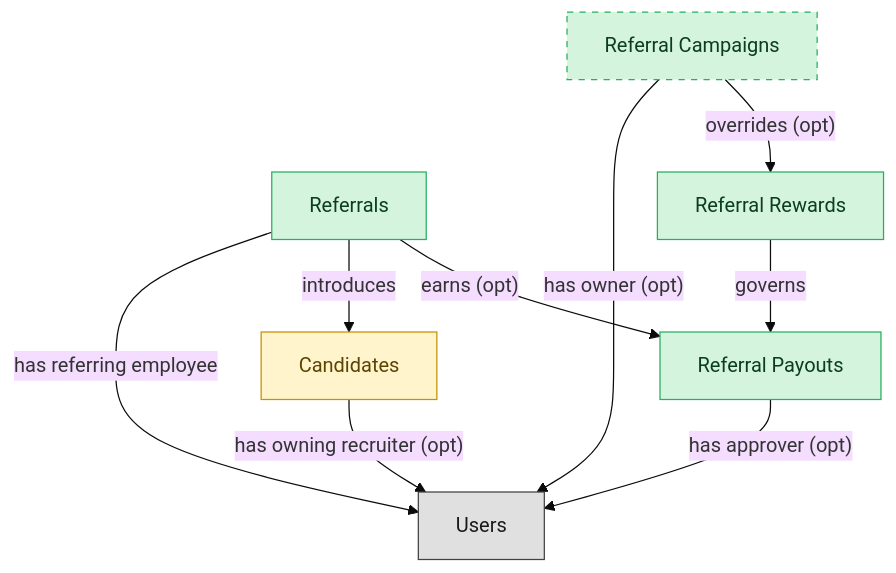
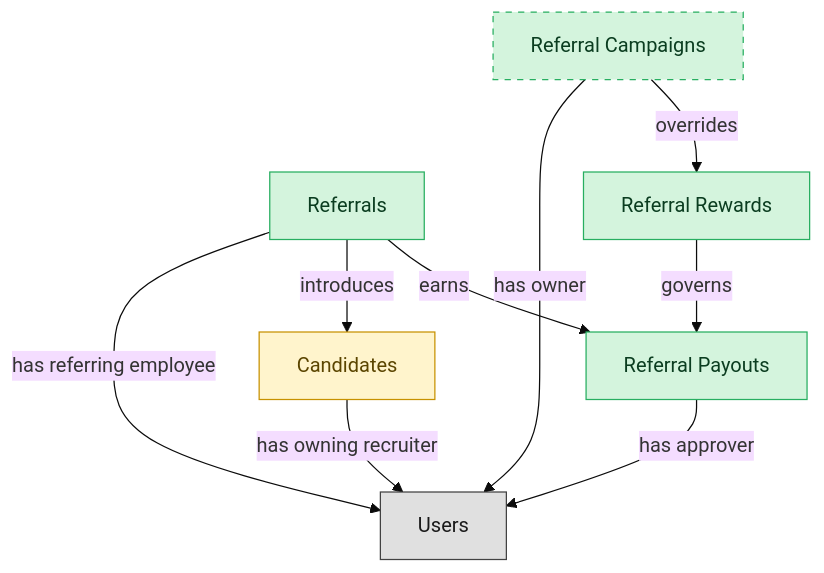
Before and after one commit to IntranetFactory/domain-map: the diagram in catalog/blueprints/ats-referrals-semantic-blueprint.md, drawn with Mermaid (base theme). The commit also changed other lines of this file and 18 other files, not shown here.

````diff
--- a/catalog/blueprints/ats-referrals-semantic-blueprint.md
+++ b/catalog/blueprints/ats-referrals-semantic-blueprint.md
@@ -34,27 +34,27 @@
 ```mermaid
 flowchart TD
   classDef master fill:#d4f4dd,stroke:#27ae60,color:#0b3d20;
   classDef embedded_master fill:#fff4cc,stroke:#c79100,color:#5b4500;
   classDef platform_builtin fill:#e0e0e0,stroke:#424242,color:#1a1a1a;
   candidate_referrals["Referrals"]
   candidates["Candidates"]
   referral_rewards["Referral Rewards"]
   referral_payouts["Referral Payouts"]
   referral_campaigns["Referral Campaigns"]
   users["Users"]
-  candidate_referrals -->|"earns (opt)"| referral_payouts
+  candidate_referrals -->|"earns"| referral_payouts
   referral_rewards -->|"governs"| referral_payouts
-  referral_campaigns -->|"overrides (opt)"| referral_rewards
+  referral_campaigns -->|"overrides"| referral_rewards
   candidate_referrals -->|"introduces"| candidates
-  candidates -->|"has owning recruiter (opt)"| users
-  referral_payouts -->|"has approver (opt)"| users
-  referral_campaigns -->|"has owner (opt)"| users
+  candidates -->|"has owning recruiter"| users
+  referral_payouts -->|"has approver"| users
+  referral_campaigns -->|"has owner"| users
   candidate_referrals -->|"has referring employee"| users
   class candidate_referrals master;
   class candidates embedded_master;
   class referral_rewards master;
   class referral_payouts master;
   class referral_campaigns master;
   class users platform_builtin;
   style referral_campaigns stroke-dasharray:5 5;
 ```
````
